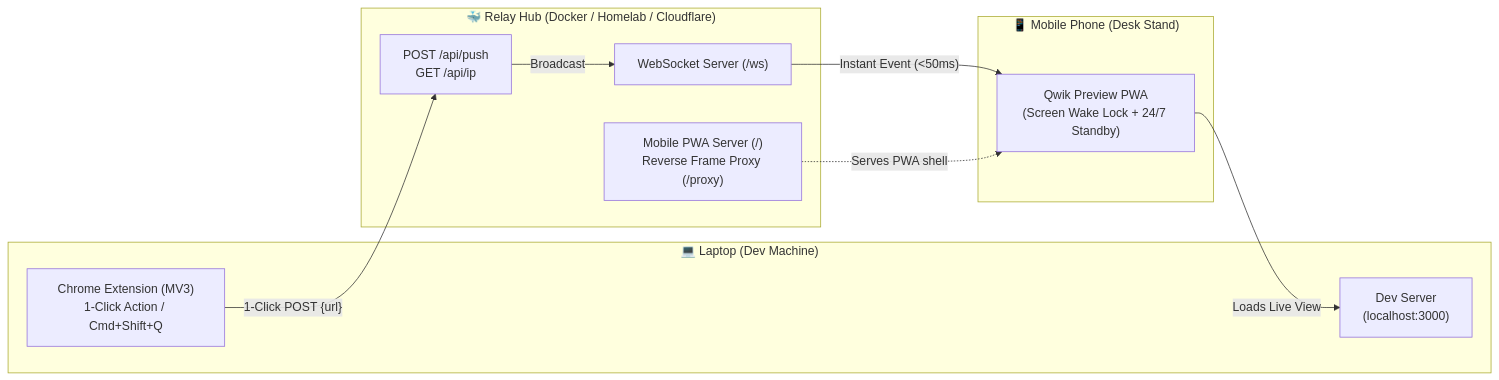
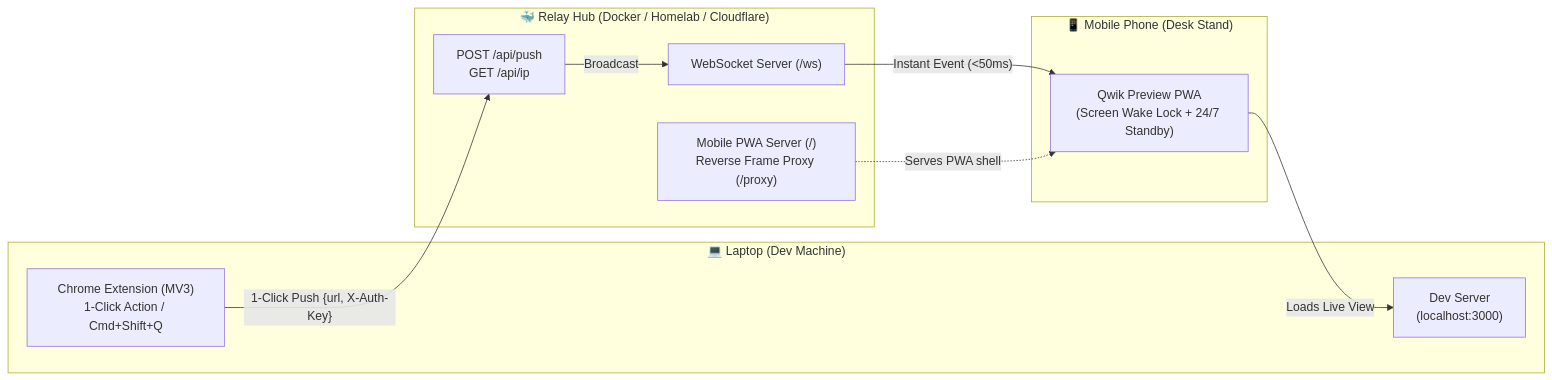
Before and after one commit to iamjothees/qwik-mobile-preview: the diagram in README.md, drawn with Mermaid. The commit also changed other lines of this file and 8 other files, not shown here.

Commit message:
feat(security): implement Option 1 secret AUTH_KEY protection and simplify README

````diff
--- a/README.md
+++ b/README.md
@@ -54,23 +69,23 @@
 ```mermaid
 flowchart LR
     subgraph Laptop ["💻 Laptop (Dev Machine)"]
         Dev["Dev Server\n(localhost:3000)"]
         Ext["Chrome Extension (MV3)\n1-Click Action / Cmd+Shift+Q"]
     end
 
     subgraph Hub ["🐳 Relay Hub (Docker / Homelab / Cloudflare)"]
         API["POST /api/push\nGET /api/ip"]
         WS["WebSocket Server (/ws)"]
         PWA["Mobile PWA Server (/)\nReverse Frame Proxy (/proxy)"]
     end
 
     subgraph Phone ["📱 Mobile Phone (Desk Stand)"]
         Receiver["Qwik Preview PWA\n(Screen Wake Lock + 24/7 Standby)"]
     end
 
-    Ext -->|"1-Click POST {url}"| API
+    Ext -->|"1-Click Push {url, X-Auth-Key}"| API
     API -->|"Broadcast"| WS
     WS -->|"Instant Event (<50ms)"| Receiver
     Receiver -->|"Loads Live View"| Dev
     PWA -.->|"Serves PWA shell"| Receiver
 ```
````
